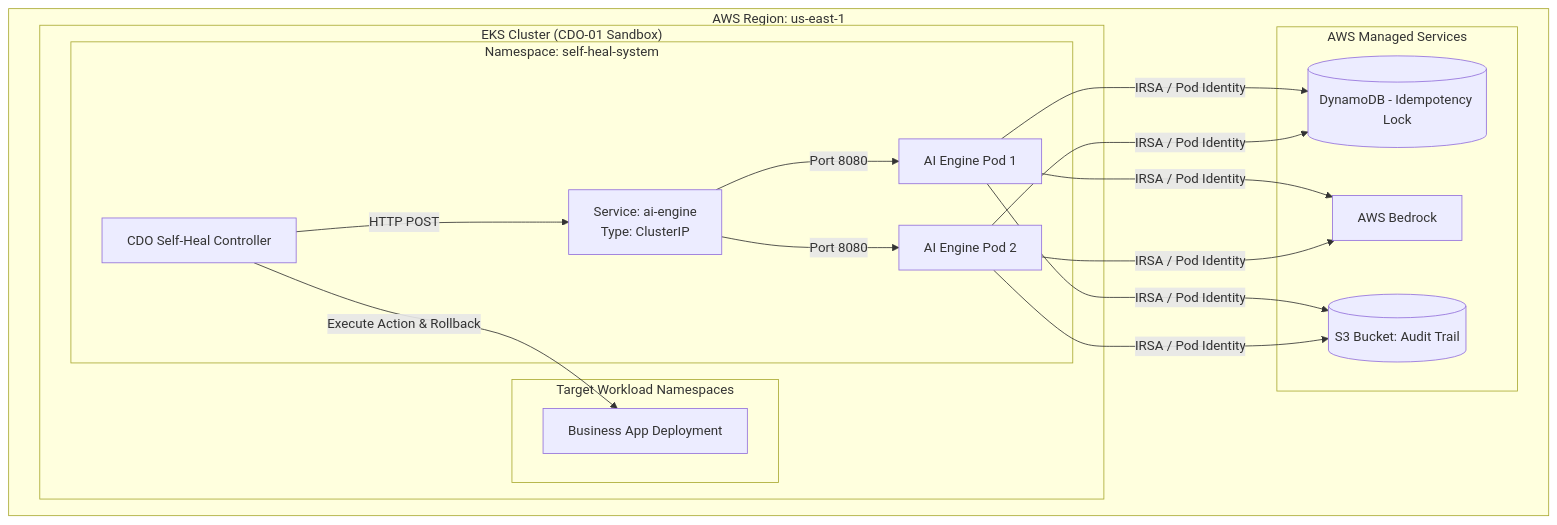
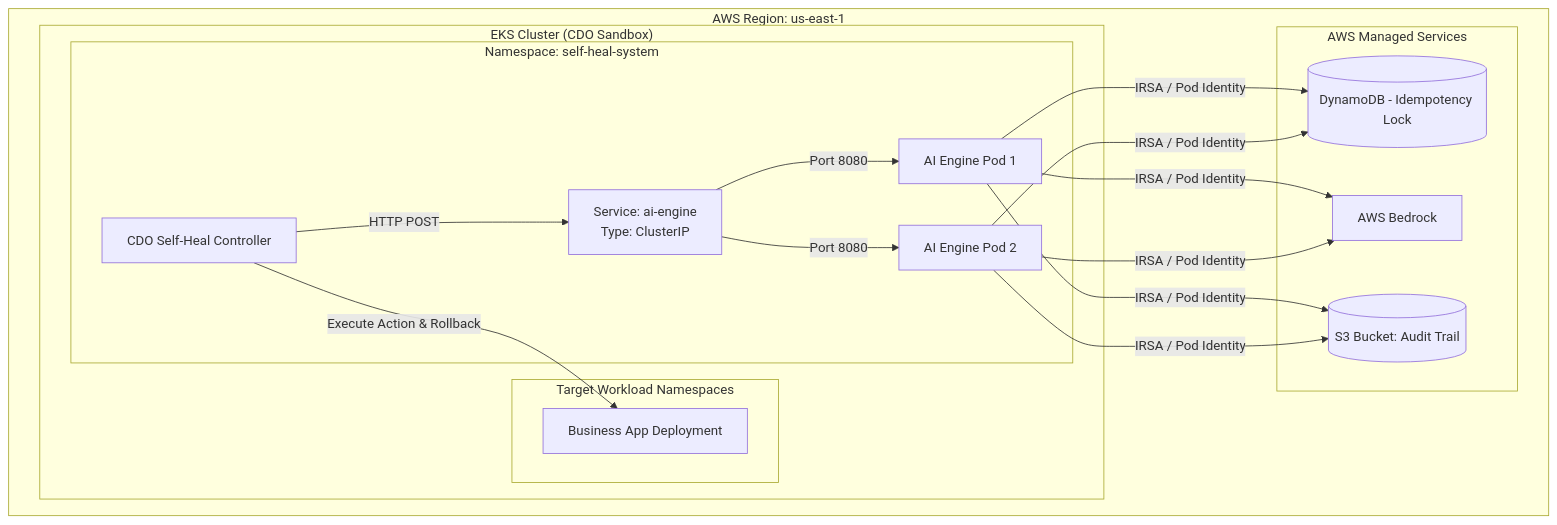
The diagram in tf-3/ai/contracts/deployment-contract.md (AIops-g4/Capstone-Phase-2-Code), drawn with Mermaid before and after one commit. The commit also changed other lines of this file and 2 other files, not shown here.

````diff
--- a/tf-3/ai/contracts/deployment-contract.md
+++ b/tf-3/ai/contracts/deployment-contract.md
@@ -172,35 +252,35 @@
 ```mermaid
 graph TB
     subgraph "AWS Region: us-east-1"
-        subgraph "EKS Cluster (CDO-01 Sandbox)"
+        subgraph "EKS Cluster (CDO Sandbox)"
             subgraph "Namespace: self-heal-system"
                 SVC[Service: ai-engine<br>Type: ClusterIP]
                 Pod1[AI Engine Pod 1]
                 Pod2[AI Engine Pod 2]
                 
                 Ctrl[CDO Self-Heal Controller]
                 
                 SVC -->|Port 8080| Pod1
                 SVC -->|Port 8080| Pod2
                 
                 Ctrl -->|HTTP POST| SVC
             end
             
             subgraph "Target Workload Namespaces"
                 BizApp[Business App Deployment]
             end
             
             Ctrl -->|Execute Action & Rollback| BizApp
         end
         
         subgraph "AWS Managed Services"
             DDB[(DynamoDB - Idempotency Lock)]
             S3[(S3 Bucket: Audit Trail)]
             Bedrock[AWS Bedrock]
         end
         
         Pod1 & Pod2 -->|IRSA / Pod Identity| Bedrock
         Pod1 & Pod2 -->|IRSA / Pod Identity| DDB
         Pod1 & Pod2 -->|IRSA / Pod Identity| S3
     end
 ```
````
